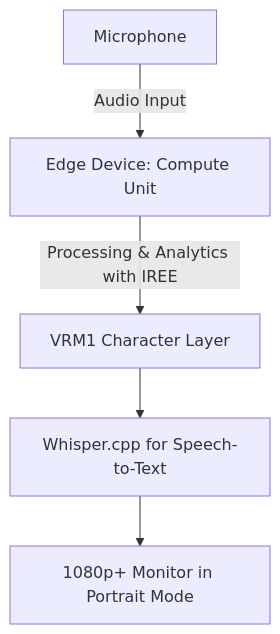
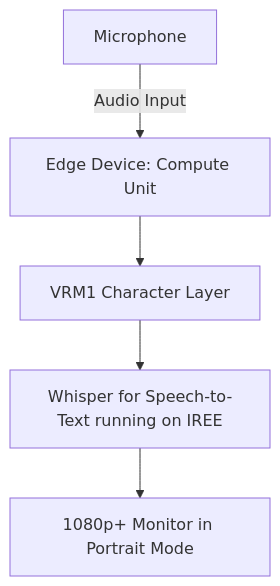
One commit to V-Sekai/manuals changed the diagram in prototypes/20230908-bendable-screen-generative-assistant.md. Above: the diagram before and after it, drawn with Mermaid. The commit also changed other lines of this file, not shown here.

````diff
--- a/prototypes/20230908-bendable-screen-generative-assistant.md
+++ b/prototypes/20230908-bendable-screen-generative-assistant.md
@@ -48,7 +46,7 @@
 ```mermaid
 graph TD
-A[Edge Device: Compute Unit] -->|Processing & Analytics with IREE| B[VRM1 Character Layer]
-B --> D[Whisper.cpp for Speech-to-Text]
+A[Edge Device: Compute Unit] --> B[VRM1 Character Layer]
+B --> D[Whisper for Speech-to-Text running on IREE]
 D --> F[1080p+ Monitor in Portrait Mode]
 H[Microphone] -- Audio Input --> A
 ```
````
